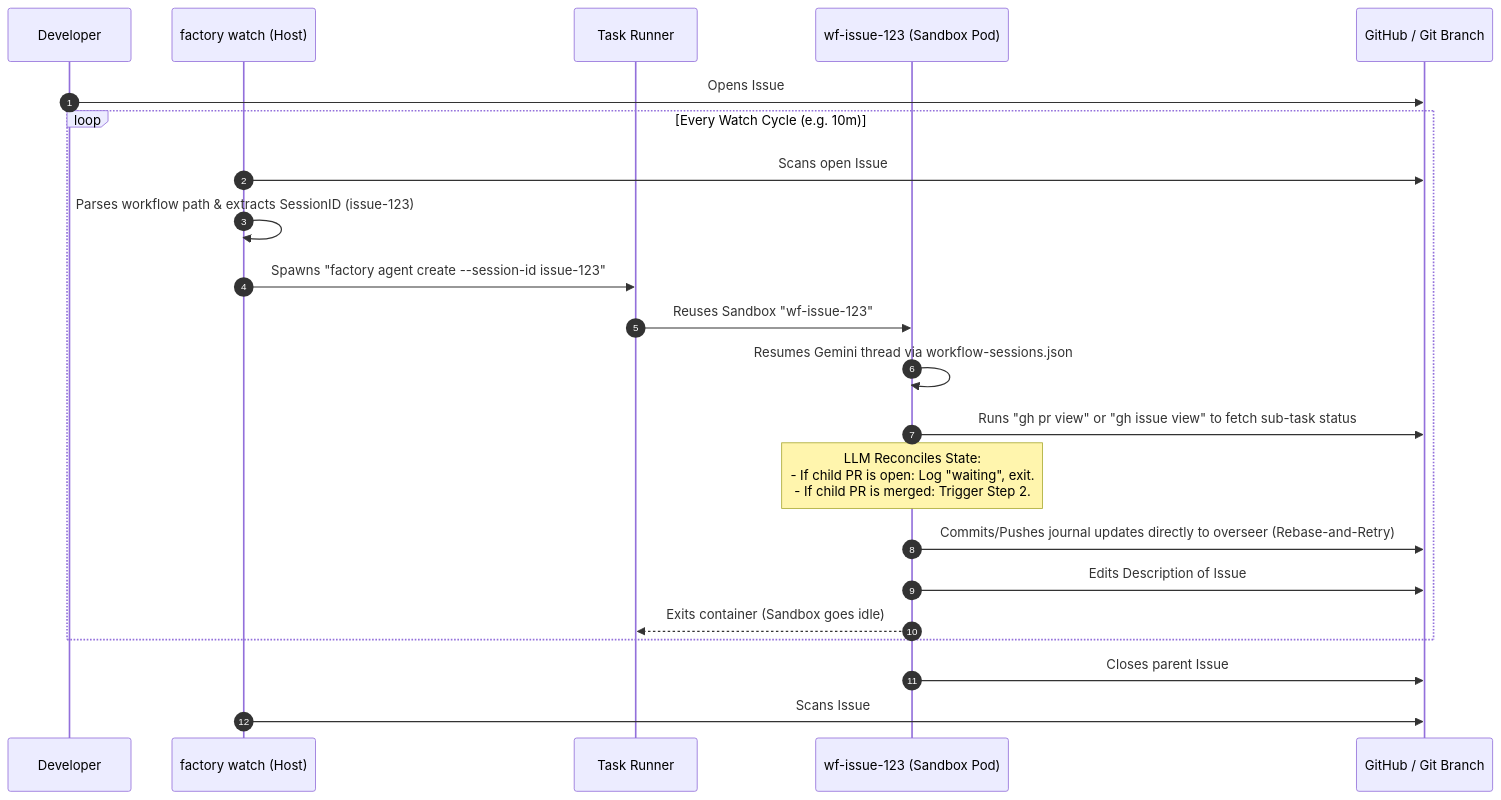
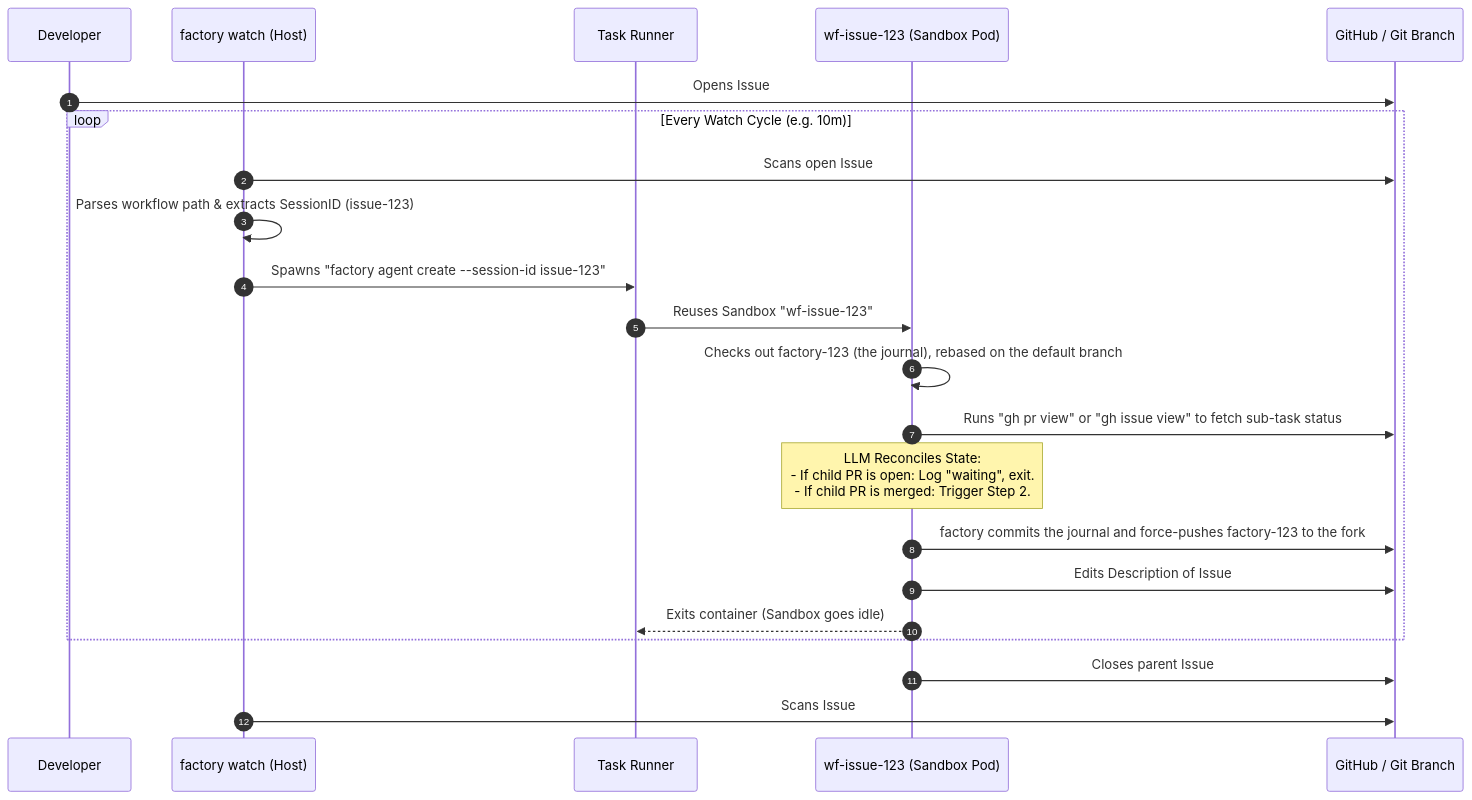
Before and after one commit to gke-labs/gemini-for-kubernetes-development: the diagram in factory/design/workflow-orchestration-and-session-reconciliation.md, drawn with Mermaid. The commit also changed other lines of this file and 31 other files, not shown here.

````diff
--- a/factory/design/workflow-orchestration-and-session-reconciliation.md
+++ b/factory/design/workflow-orchestration-and-session-reconciliation.md
@@ -22,27 +24,27 @@
 ```mermaid
 sequenceDiagram
     autonumber
     participant Developer
     participant Watcher as factory watch (Host)
     participant Runner as Task Runner
     participant Sandbox as wf-issue-123 (Sandbox Pod)
     participant Git as GitHub / Git Branch
  
     Developer->>Git: Opens Issue #123 (References: .agents/workflows/ checklist-for-kind.yaml)
     
     loop Every Watch Cycle (e.g. 10m)
         Watcher->>Git: Scans open Issue #123
         Watcher->>Watcher: Parses workflow path & extracts SessionID (issue-123)
         Watcher->>Runner: Spawns "factory agent create --session-id issue-123"
         Runner->>Sandbox: Reuses Sandbox "wf-issue-123"
-        Sandbox->>Sandbox: Resumes Gemini thread via workflow-sessions.json
+        Sandbox->>Sandbox: Checks out factory-123 (the journal), rebased on the default branch
         Sandbox->>Git: Runs "gh pr view" or "gh issue view" to fetch sub-task status
         Note over Sandbox: LLM Reconciles State:<br/>- If child PR is open: Log "waiting", exit.<br/>- If child PR is merged: Trigger Step 2.
-        Sandbox->>Git: Commits/Pushes journal updates directly to overseer (Rebase-and-Retry)
+        Sandbox->>Git: factory commits the journal and force-pushes factory-123 to the fork
         Sandbox->>Git: Edits Description of Issue #123 (Visual Progress Update)
         Sandbox-->>Runner: Exits container (Sandbox goes idle)
     end
     
     Sandbox->>Git: Closes parent Issue #123 (Workflow complete)
     Watcher->>Git: Scans Issue #123 -> Detected closed -> Stop rescheduling!
 ```
````
